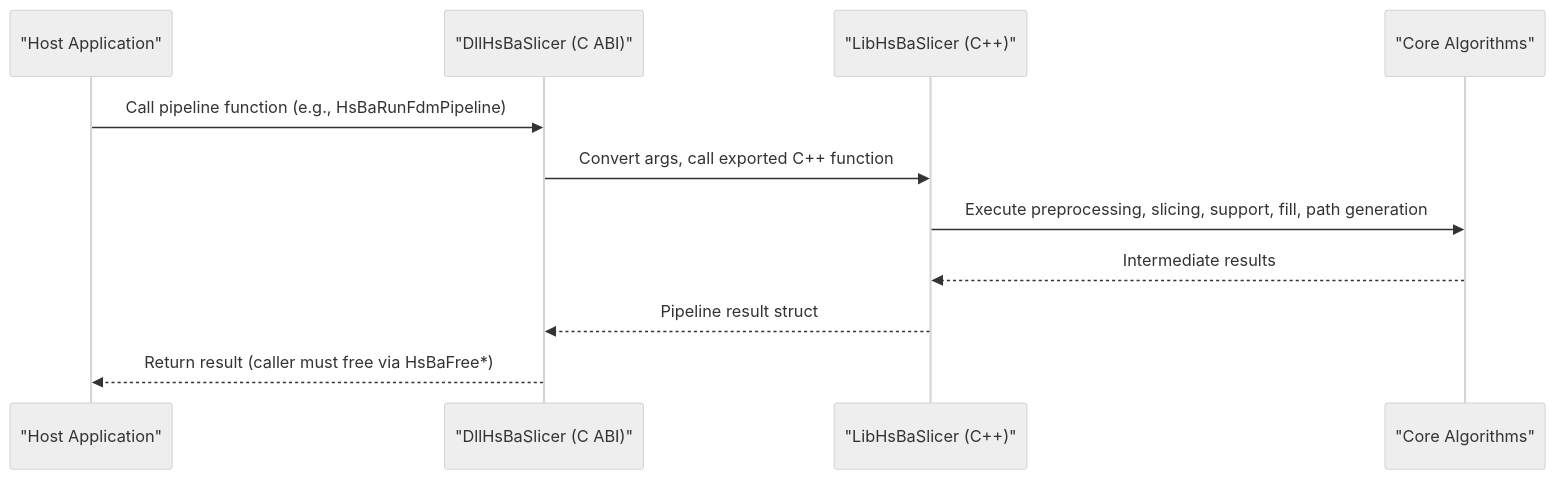
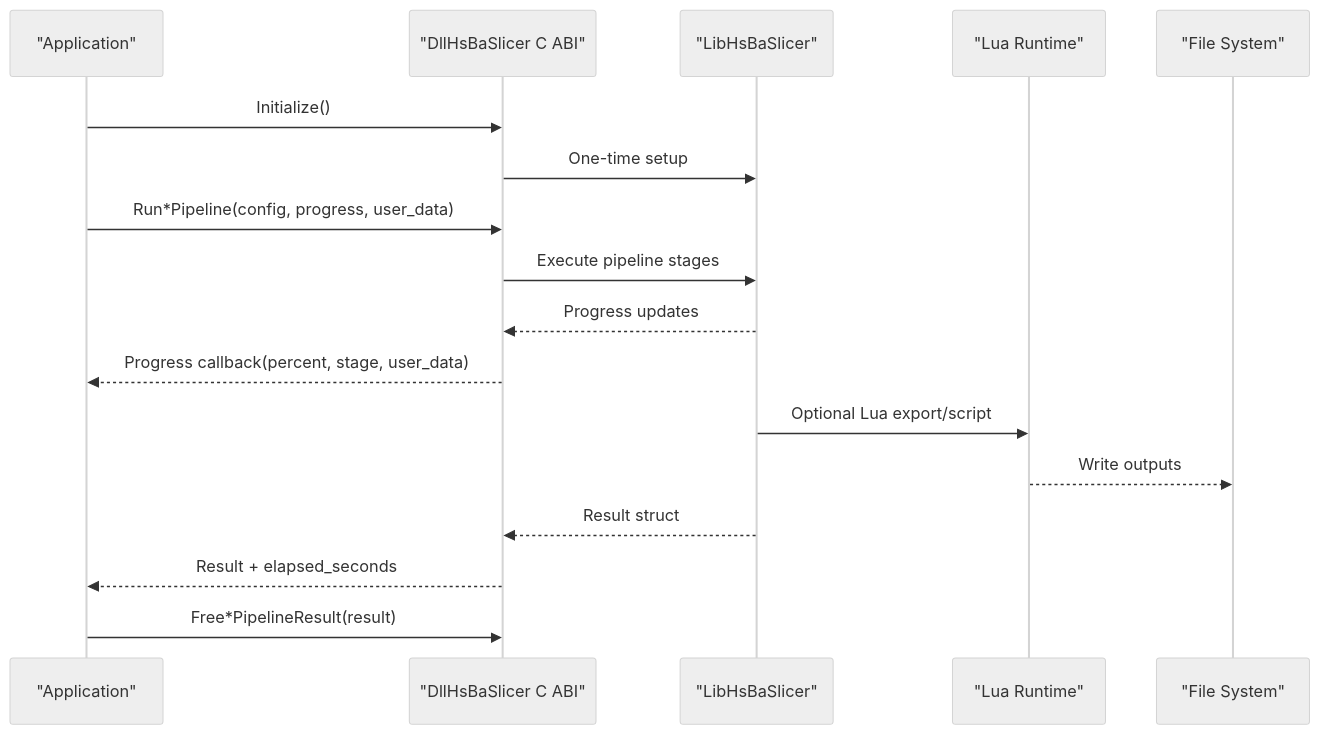
Before and after one commit to hsmbanlance/HsBaSlicer: the second of 15 diagrams in .qoder/repowiki/en/content/API Reference/API Reference.md, drawn with Mermaid (neutral theme). The commit also changed other lines of this file and 1135 other files, not shown here.

````diff
--- a/.qoder/repowiki/en/content/API Reference/API Reference.md
+++ b/.qoder/repowiki/en/content/API Reference/API Reference.md
@@ -84,13 +165,19 @@
 ```mermaid
 sequenceDiagram
-participant Host as "Host Application"
-participant DLL as "DllHsBaSlicer (C ABI)"
-participant LIB as "LibHsBaSlicer (C++)"
-participant CORE as "Core Algorithms"
-Host->>DLL : Call pipeline function (e.g., HsBaRunFdmPipeline)
-DLL->>LIB : Convert args, call exported C++ function
-LIB->>CORE : Execute preprocessing, slicing, support, fill, path generation
-CORE-->>LIB : Intermediate results
-LIB-->>DLL : Pipeline result struct
-DLL-->>Host : Return result (caller must free via HsBaFree*)
+participant App as "Application"
+participant CABI as "DllHsBaSlicer C ABI"
+participant Lib as "LibHsBaSlicer"
+participant Lua as "Lua Runtime"
+participant FS as "File System"
+App->>CABI : Initialize()
+CABI->>Lib : One-time setup
+App->>CABI : Run*Pipeline(config, progress, user_data)
+CABI->>Lib : Execute pipeline stages
+Lib-->>CABI : Progress updates
+CABI-->>App : Progress callback(percent, stage, user_data)
+Lib->>Lua : Optional Lua export/script
+Lua-->>FS : Write outputs
+Lib-->>CABI : Result struct
+CABI-->>App : Result + elapsed_seconds
+App->>CABI : Free*PipelineResult(result)
 ```
````
